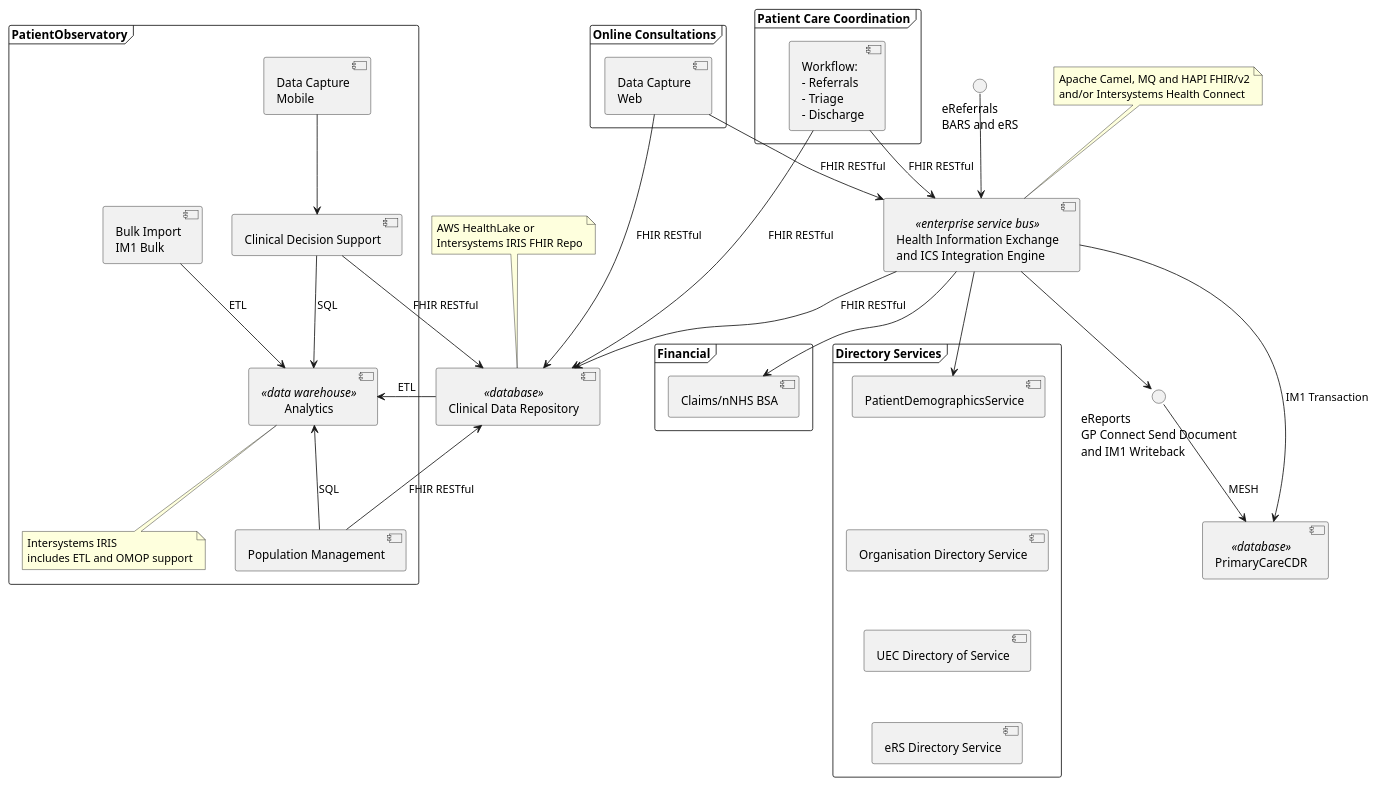
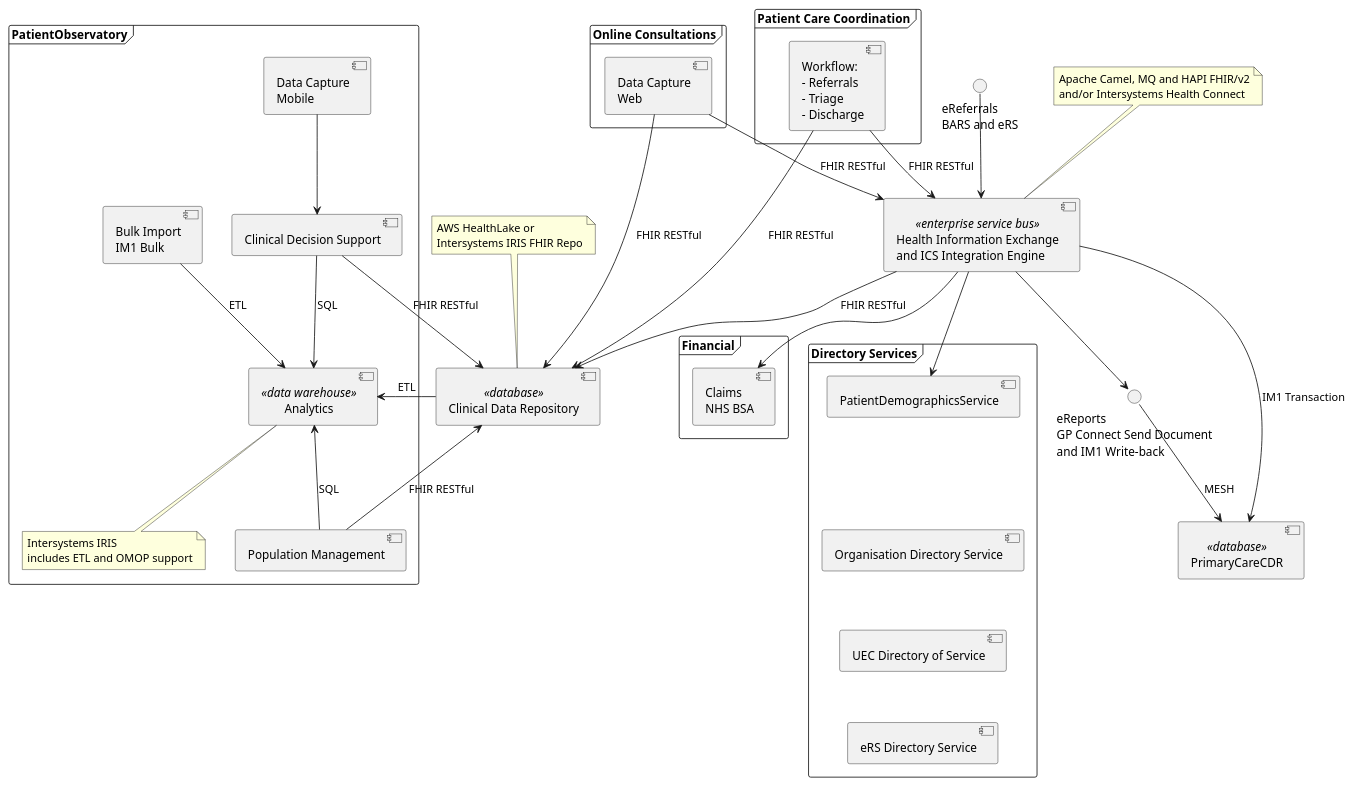
One commit to Virtually-Healthcare/virtually-healthcare.github.com changed the diagram in input/images-source/component-enterprise.plantuml. Above: the diagram before and after it, drawn with PlantUML. The commit also changed 2 other files, not shown here.

```diff
--- a/input/images-source/component-enterprise.plantuml
+++ b/input/images-source/component-enterprise.plantuml
@@ -2,96 +2,96 @@
   @startuml
 
     skinparam svgDimensionStyle false
 
     component "Clinical Data Repository" as ClinicalDataRepository <<database>>
 
     component "Health Information Exchange\nand ICS Integration Engine" as HealthInformationExchange <<enterprise service bus>>
 
     interface "eReferrals\nBARS and eRS" as eReferrals
 
-    interface "eReports\nGP Connect Send Document\nand IM1 Writeback" as eReports
+    interface "eReports\nGP Connect Send Document\nand IM1 Write-back" as eReports
 
     component PrimaryCareCDR <<database>>
 
     frame PatientObservatory {
       component "Population Management" as PopulationManagement
       component "Data Capture\nMobile" as DataCaptureMobile
       component "Clinical Decision Support" as ClinicalDecisionSupport
       component Analytics <<data warehouse>>
       component "Bulk Import\nIM1 Bulk" as BulkImport
 
 
       note as OMOP
       Intersystems IRIS
       includes ETL and OMOP support
       end note
 
       OMOP .u. Analytics
       PopulationManagement --> ClinicalDataRepository : FHIR RESTful
       PopulationManagement -u-> Analytics : SQL
 
     }
 
     frame "Patient Care Coordination" as BARS {
       component "Workflow: \n- Referrals\n- Triage\n- Discharge" as Workflow
     }
 
     frame "Directory Services" as CSD {
       component "PatientDemographicsService" as PDS
       component "Organisation Directory Service" as ODS
       component "UEC Directory of Service" as UEC
       component "eRS Directory Service" as ersDOS
 
       PDS -d[hidden]- ODS
       ODS -d[hidden]- UEC
       UEC -d[hidden]- ersDOS
     }
 
     frame "Online Consultations" as online {
       component "Data Capture\nWeb" as DataCaptureWeb
 
     }
     frame Financial {
-      component "Claims/nNHS BSA" as BSA
+      component "Claims\nNHS BSA" as BSA
     }
 
     note as FHIR
 AWS HealthLake or
 Intersystems IRIS FHIR Repo
 end note
 
     note as ESB
 Apache Camel, MQ and HAPI FHIR/v2
 and/or Intersystems Health Connect
 end note
 
 
     FHIR .. ClinicalDataRepository
     ESB .. HealthInformationExchange
 
 
     ClinicalDataRepository --> Analytics : ETL
     BulkImport --> Analytics : ETL
 
     DataCaptureWeb --> ClinicalDataRepository : FHIR RESTful
     DataCaptureWeb --> HealthInformationExchange : FHIR RESTful
 
 
     DataCaptureMobile --> ClinicalDecisionSupport
     Workflow --> ClinicalDataRepository : FHIR RESTful
     Workflow --> HealthInformationExchange : FHIR RESTful
     ClinicalDecisionSupport --> ClinicalDataRepository : FHIR RESTful
     ClinicalDecisionSupport --> Analytics : SQL
 
 
     eReferrals --> HealthInformationExchange
     HealthInformationExchange --> eReports
     HealthInformationExchange --> PrimaryCareCDR : IM1 Transaction
     HealthInformationExchange --> ClinicalDataRepository : FHIR RESTful
     eReports --> PrimaryCareCDR : MESH
 
     HealthInformationExchange --> BSA
 
     HealthInformationExchange --> PDS
 
   @enduml
```
